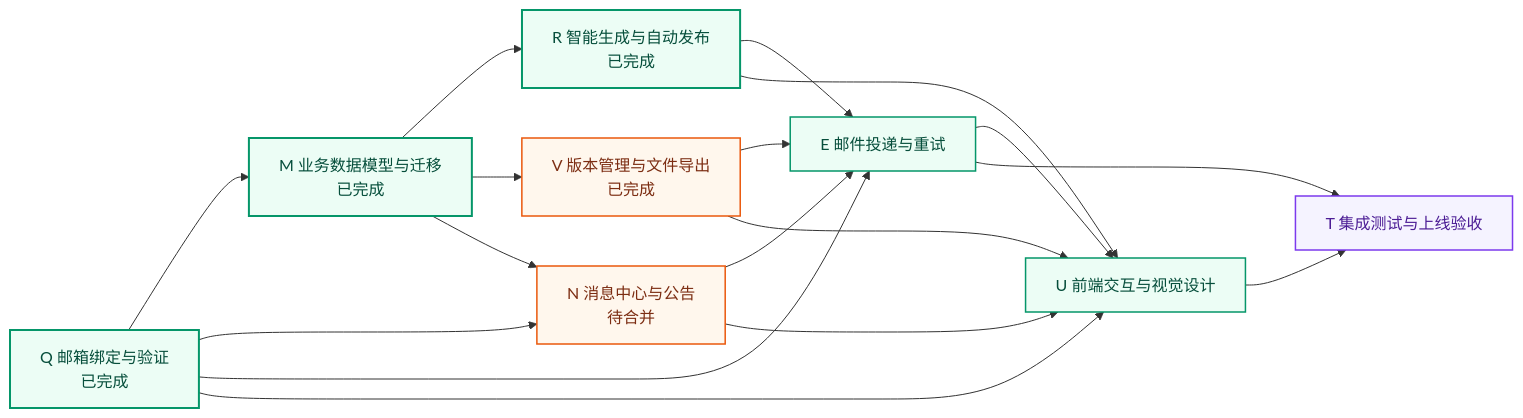
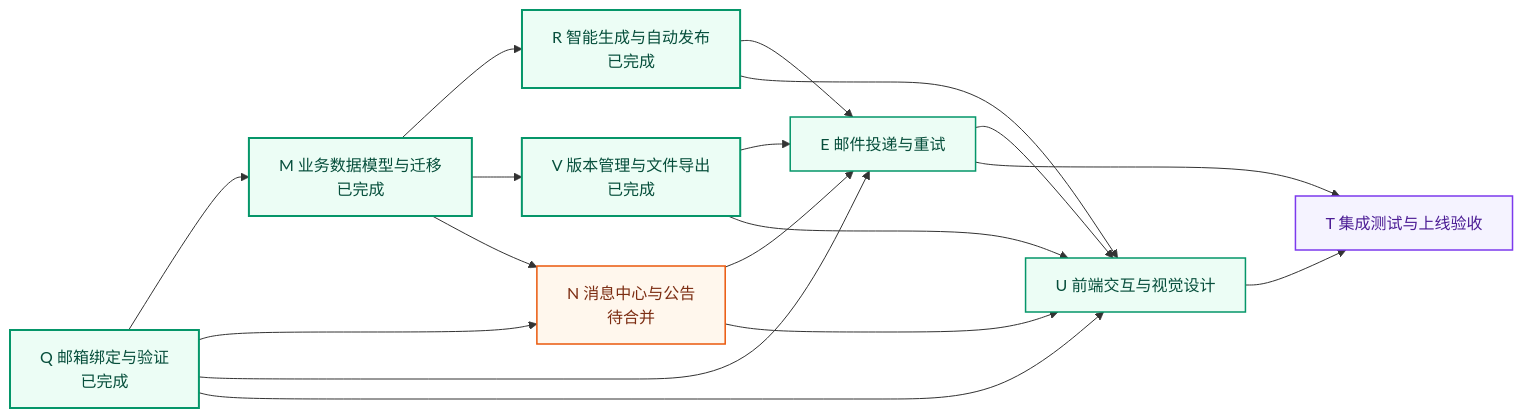
One commit to sky-k111/forge-sight changed the third of 3 diagrams in README.md. Above: the diagram before and after it, drawn with Mermaid. The commit also changed 8 other files, not shown here.

````diff
--- a/README.md
+++ b/README.md
@@ -155,29 +155,29 @@
 ```mermaid
 flowchart LR
     Q[Q 邮箱绑定与验证<br/>已完成] --> M[M 业务数据模型与迁移<br/>已完成]
     M --> R[R 智能生成与自动发布<br/>已完成]
     M --> V[V 版本管理与文件导出<br/>已完成]
     M --> N[N 消息中心与公告<br/>待合并]
     Q --> N
     Q --> E[E 邮件投递与重试]
     R --> E
     V --> E
     N --> E
     Q --> U[U 前端交互与视觉设计]
     R --> U
     V --> U
     N --> U
     E --> U
     U --> T[T 集成测试与上线验收]
     E --> T
 
     classDef done fill:#ECFDF5,stroke:#059669,color:#064E3B,stroke-width:2px;
     classDef foundation fill:#EFF6FF,stroke:#2563EB,color:#1E3A8A,stroke-width:1.5px;
     classDef core fill:#FFF7ED,stroke:#EA580C,color:#7C2D12,stroke-width:1.5px;
     classDef delivery fill:#ECFDF5,stroke:#059669,color:#064E3B,stroke-width:1.5px;
     classDef quality fill:#F5F3FF,stroke:#7C3AED,color:#4C1D95,stroke-width:1.5px;
-    class Q,M,R done;
-    class V,N core;
+    class Q,M,R,V done;
+    class N core;
     class E,U delivery;
     class T quality;
 ```
````
